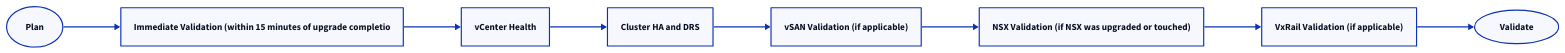
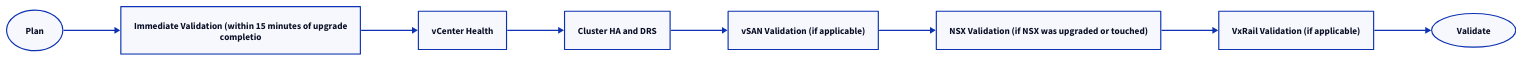
Before and after one commit to canast01/chris-kb: the diagram in docs/virtualization/vmware/reference/upgrade-readiness/post-upgrade-validation.md, drawn with D2. The commit also changed 192 other files, not shown here.

````diff
--- a/docs/virtualization/vmware/reference/upgrade-readiness/post-upgrade-validation.md
+++ b/docs/virtualization/vmware/reference/upgrade-readiness/post-upgrade-validation.md
@@ -18,20 +18,20 @@
 ```d2
 direction: right
 
 plan: "Plan" {shape: oval}
-immediate_validation_within_15_minut: "Immediate Validation (within 15 minutes of upgrade completio" {shape: rectangle}
+immediate_validation_within_15_minut: "Immediate Validation (within 15 minutes of upgrade\ncompletio" {shape: rectangle}
 vcenter_health: "vCenter Health" {shape: rectangle}
 cluster_ha_and_drs: "Cluster HA and DRS" {shape: rectangle}
 vsan_validation_if_applicable: "vSAN Validation (if applicable)" {shape: rectangle}
 nsx_validation_if_nsx_was_upgraded_o: "NSX Validation (if NSX was upgraded or touched)" {shape: rectangle}
 vxrail_validation_if_applicable: "VxRail Validation (if applicable)" {shape: rectangle}
 validate: "Validate" {shape: oval}
 
 plan -> immediate_validation_within_15_minut
 immediate_validation_within_15_minut -> vcenter_health
 vcenter_health -> cluster_ha_and_drs
 cluster_ha_and_drs -> vsan_validation_if_applicable
 vsan_validation_if_applicable -> nsx_validation_if_nsx_was_upgraded_o
 nsx_validation_if_nsx_was_upgraded_o -> vxrail_validation_if_applicable
 vxrail_validation_if_applicable -> validate
 ```
````
